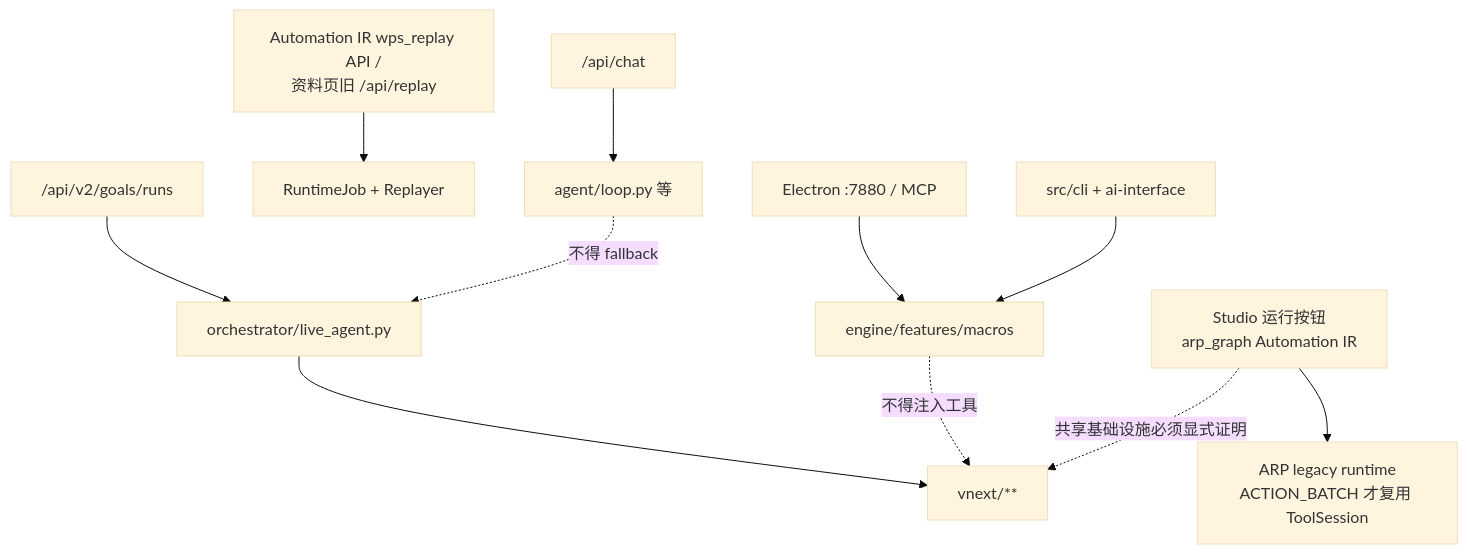
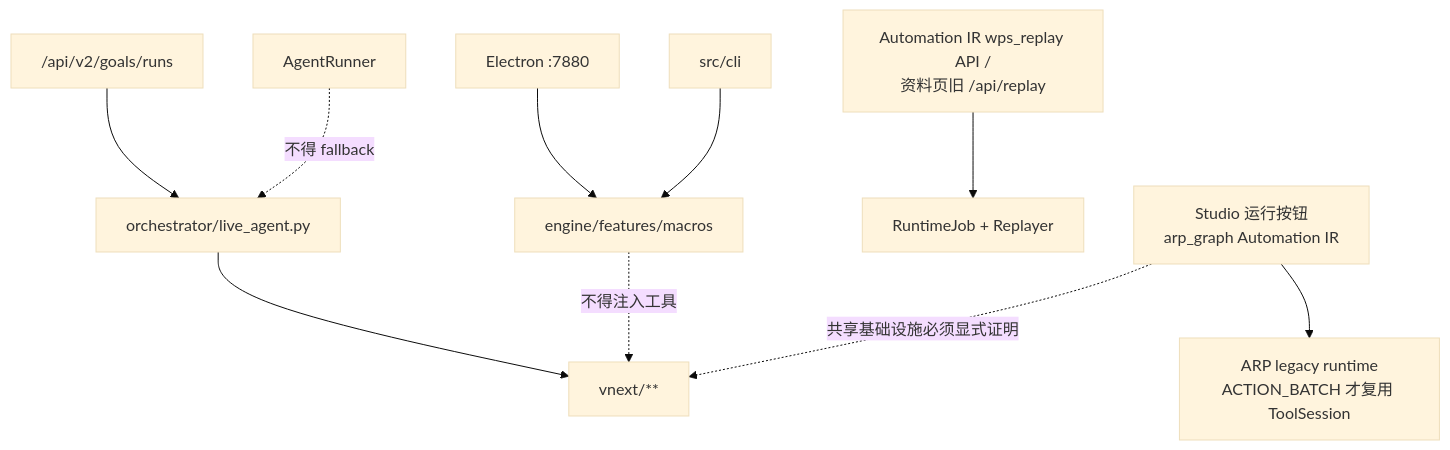
The fourth of 4 diagrams in docs/project-guide/01-system-architecture.md (zoujiapeng/lingdong-script), drawn with Mermaid (base theme) before and after one commit. The commit also changed other lines of this file and 160 other files, not shown here.

Commit message:
Delete legacy agent line, task contracts, scheduler, and dead consumer surfaces

````diff
--- a/docs/project-guide/01-system-architecture.md
+++ b/docs/project-guide/01-system-architecture.md
@@ -353,15 +353,14 @@
 ```mermaid
 flowchart TB
   Product["/api/v2/goals/runs"] --> Live["orchestrator/live_agent.py"]
   Live --> VNext["vnext/**"]
 
   Studio["Studio 运行按钮\narp_graph Automation IR"] --> ARP["ARP legacy runtime\nACTION_BATCH 才复用 ToolSession"]
   WPS["Automation IR wps_replay API /\n资料页旧 /api/replay"] --> Replay["RuntimeJob + Replayer"]
-  LegacyAPI["/api/chat"] --> AgentRunner["agent/loop.py 等"]
-  Local7880["Electron :7880 / MCP"] --> OldBridges["engine/features/macros"]
-  CLI["src/cli + ai-interface"] --> OldBridges
+  Local7880["Electron :7880"] --> OldBridges["engine/features/macros"]
+  CLI["src/cli"] --> OldBridges
 
   AgentRunner -. "不得 fallback" .-> Live
   OldBridges -. "不得注入工具" .-> VNext
   Studio -. "共享基础设施必须显式证明" .-> VNext
 ```
````
